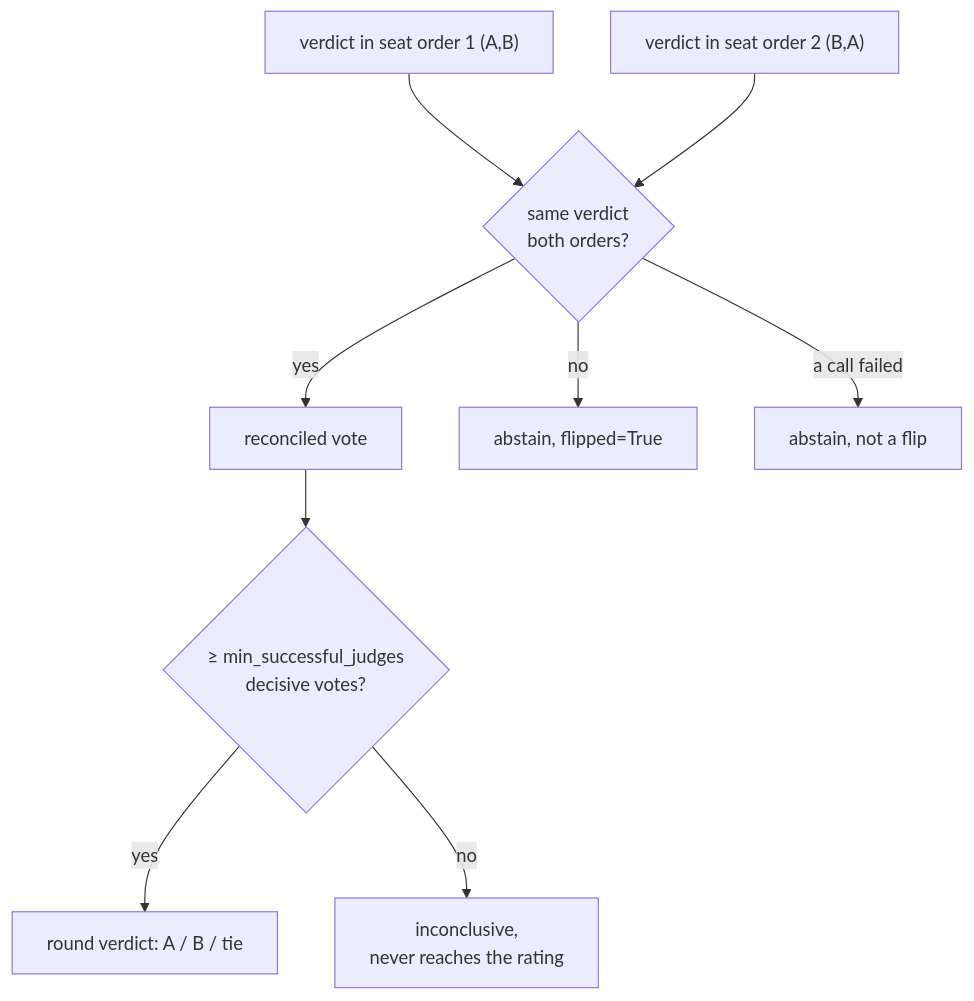
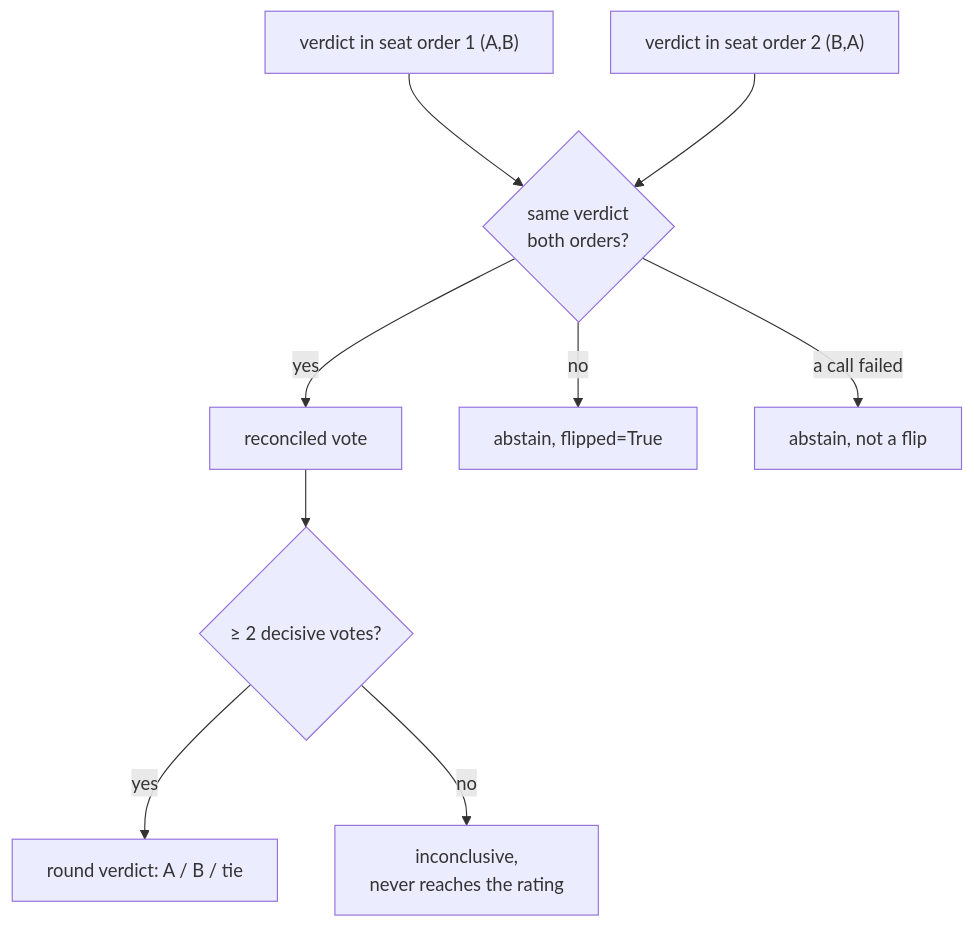
Before and after one commit to orq-ai/orq-arena: the diagram in docs/methodology.md, drawn with Mermaid. The commit also changed other lines of this file, not shown here.

````diff
--- a/docs/methodology.md
+++ b/docs/methodology.md
@@ -63,11 +27,11 @@
 ```mermaid
 flowchart TD
     o1["verdict in seat order 1 (A,B)"] --> rec{"same verdict<br/>both orders?"}
     o2["verdict in seat order 2 (B,A)"] --> rec
     rec -- yes --> vote["reconciled vote"]
     rec -- no --> flip["abstain, flipped=True"]
     rec -- "a call failed" --> fail["abstain, not a flip"]
-    vote --> quorum{"≥ min_successful_judges<br/>decisive votes?"}
+    vote --> quorum{"≥ 2 decisive votes?"}
     quorum -- yes --> verdict["round verdict: A / B / tie"]
     quorum -- no --> inc["inconclusive,<br/>never reaches the rating"]
 ```
````
